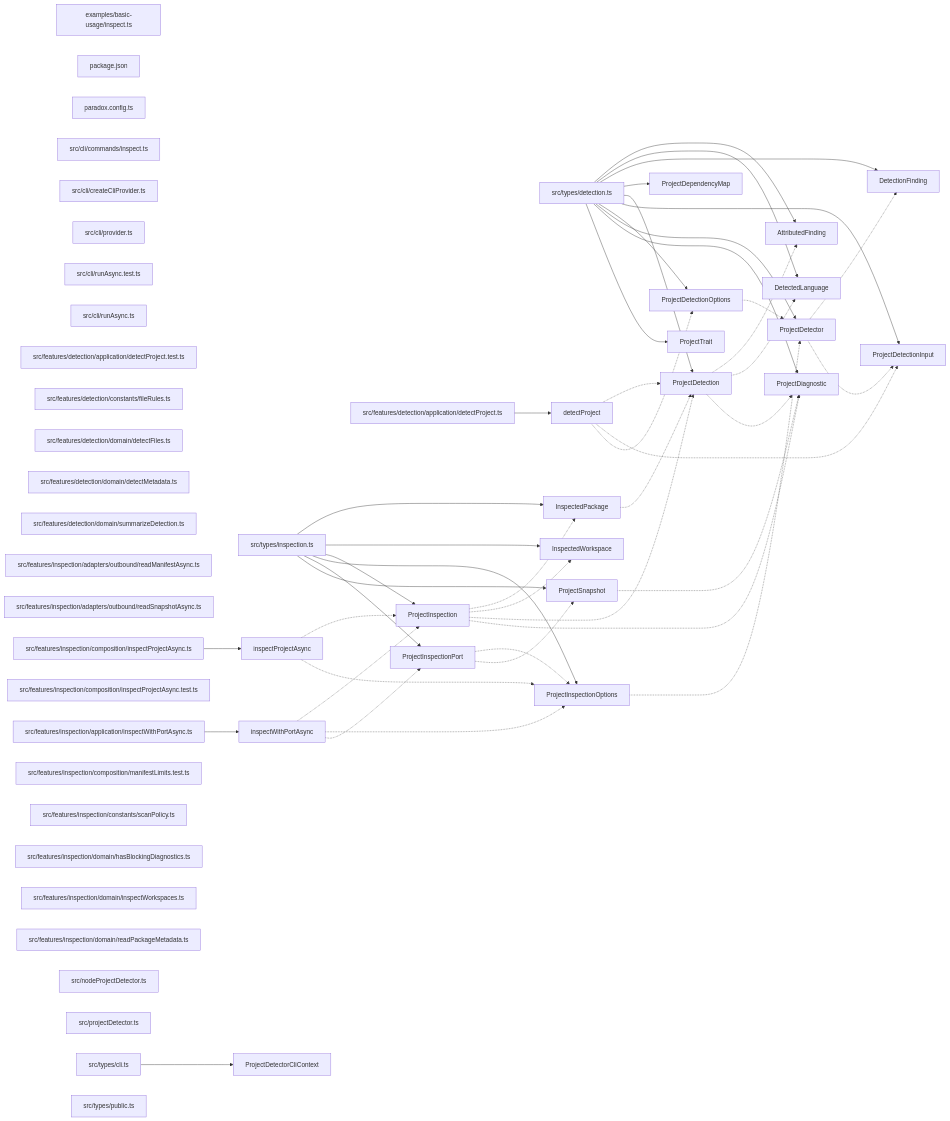
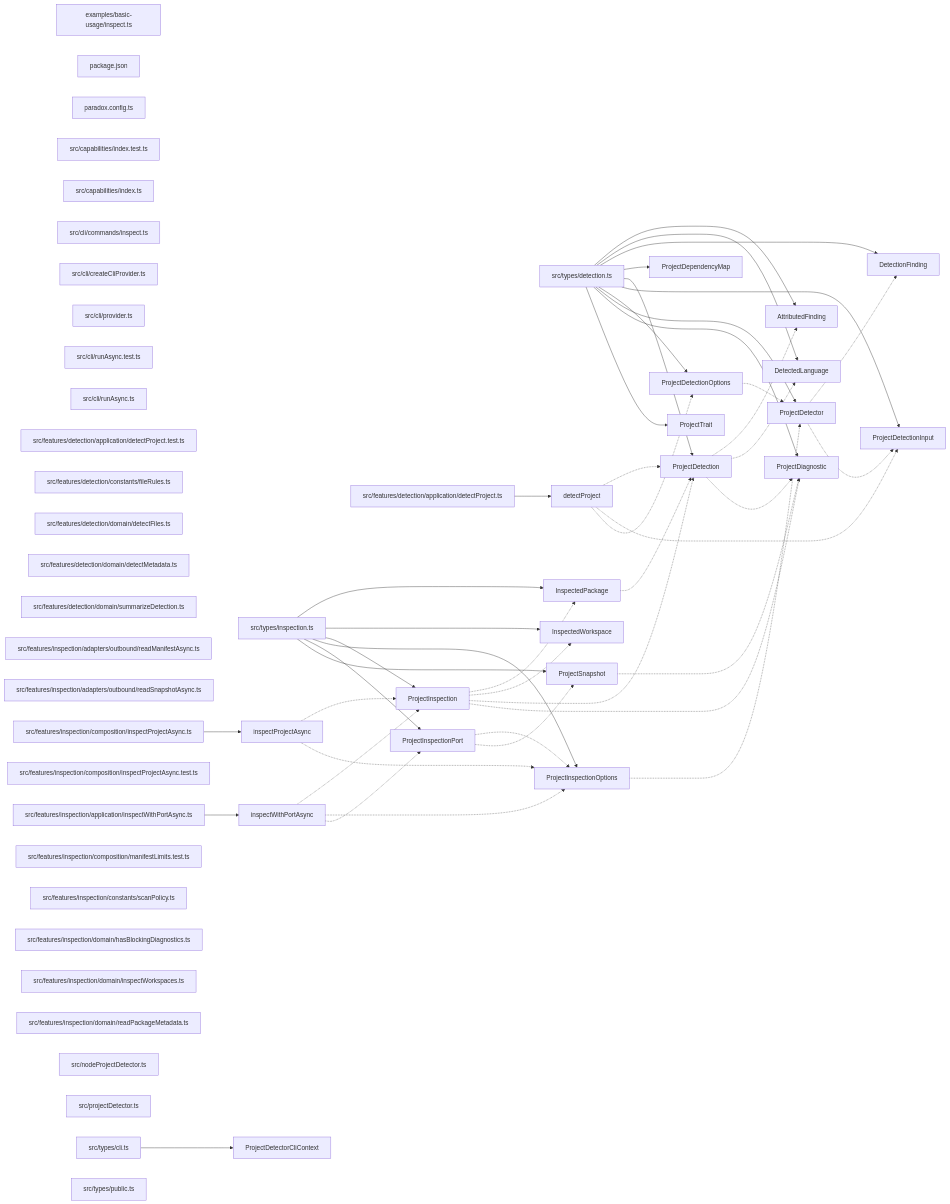
One commit to ankhorage/project-detector changed the diagram in paradox/diagrams/export-graph.mmd. Above: the diagram before and after it, drawn with Mermaid. The commit also changed 13 other files, not shown here.

```diff
--- a/paradox/diagrams/export-graph.mmd
+++ b/paradox/diagrams/export-graph.mmd
@@ -1,94 +1,96 @@
 graph LR
   module_examples_basic_usage_inspect_ts["examples/basic-usage/inspect.ts"]
   module_package_json["package.json"]
   module_paradox_config_ts["paradox.config.ts"]
+  module_src_capabilities_index_test_ts["src/capabilities/index.test.ts"]
+  module_src_capabilities_index_ts["src/capabilities/index.ts"]
   module_src_cli_commands_inspect_ts["src/cli/commands/inspect.ts"]
   module_src_cli_createCliProvider_ts["src/cli/createCliProvider.ts"]
   module_src_cli_provider_ts["src/cli/provider.ts"]
   module_src_cli_runAsync_test_ts["src/cli/runAsync.test.ts"]
   module_src_cli_runAsync_ts["src/cli/runAsync.ts"]
   module_src_features_detection_application_detectProject_test_ts["src/features/detection/application/detectProject.test.ts"]
   module_src_features_detection_application_detectProject_ts["src/features/detection/application/detectProject.ts"]
   module_src_features_detection_constants_fileRules_ts["src/features/detection/constants/fileRules.ts"]
   module_src_features_detection_domain_detectFiles_ts["src/features/detection/domain/detectFiles.ts"]
   module_src_features_detection_domain_detectMetadata_ts["src/features/detection/domain/detectMetadata.ts"]
   module_src_features_detection_domain_summarizeDetection_ts["src/features/detection/domain/summarizeDetection.ts"]
   module_src_features_inspection_adapters_outbound_readManifestAsync_ts["src/features/inspection/adapters/outbound/readManifestAsync.ts"]
   module_src_features_inspection_adapters_outbound_readSnapshotAsync_ts["src/features/inspection/adapters/outbound/readSnapshotAsync.ts"]
   module_src_features_inspection_application_inspectWithPortAsync_ts["src/features/inspection/application/inspectWithPortAsync.ts"]
   module_src_features_inspection_composition_inspectProjectAsync_test_ts["src/features/inspection/composition/inspectProjectAsync.test.ts"]
   module_src_features_inspection_composition_inspectProjectAsync_ts["src/features/inspection/composition/inspectProjectAsync.ts"]
   module_src_features_inspection_composition_manifestLimits_test_ts["src/features/inspection/composition/manifestLimits.test.ts"]
   module_src_features_inspection_constants_scanPolicy_ts["src/features/inspection/constants/scanPolicy.ts"]
   module_src_features_inspection_domain_hasBlockingDiagnostics_ts["src/features/inspection/domain/hasBlockingDiagnostics.ts"]
   module_src_features_inspection_domain_inspectWorkspaces_ts["src/features/inspection/domain/inspectWorkspaces.ts"]
   module_src_features_inspection_domain_readPackageMetadata_ts["src/features/inspection/domain/readPackageMetadata.ts"]
   module_src_nodeProjectDetector_ts["src/nodeProjectDetector.ts"]
   module_src_projectDetector_ts["src/projectDetector.ts"]
   module_src_types_cli_ts["src/types/cli.ts"]
   module_src_types_detection_ts["src/types/detection.ts"]
   module_src_types_inspection_ts["src/types/inspection.ts"]
   module_src_types_public_ts["src/types/public.ts"]
   export_AttributedFinding["AttributedFinding"]
   module_src_types_detection_ts --> export_AttributedFinding
   export_DetectedLanguage["DetectedLanguage"]
   module_src_types_detection_ts --> export_DetectedLanguage
   export_DetectionFinding["DetectionFinding"]
   module_src_types_detection_ts --> export_DetectionFinding
   export_detectProject["detectProject"]
   module_src_features_detection_application_detectProject_ts --> export_detectProject
   export_detectProject -.-> export_ProjectDetection
   export_detectProject -.-> export_ProjectDetectionInput
   export_detectProject -.-> export_ProjectDetectionOptions
   export_InspectedPackage["InspectedPackage"]
   module_src_types_inspection_ts --> export_InspectedPackage
   export_InspectedPackage -.-> export_ProjectDetection
   export_InspectedWorkspace["InspectedWorkspace"]
   module_src_types_inspection_ts --> export_InspectedWorkspace
   export_inspectProjectAsync["inspectProjectAsync"]
   module_src_features_inspection_composition_inspectProjectAsync_ts --> export_inspectProjectAsync
   export_inspectProjectAsync -.-> export_ProjectInspection
   export_inspectProjectAsync -.-> export_ProjectInspectionOptions
   export_inspectWithPortAsync["inspectWithPortAsync"]
   module_src_features_inspection_application_inspectWithPortAsync_ts --> export_inspectWithPortAsync
   export_inspectWithPortAsync -.-> export_ProjectInspection
   export_inspectWithPortAsync -.-> export_ProjectInspectionOptions
   export_inspectWithPortAsync -.-> export_ProjectInspectionPort
   export_ProjectDependencyMap["ProjectDependencyMap"]
   module_src_types_detection_ts --> export_ProjectDependencyMap
   export_ProjectDetection["ProjectDetection"]
   module_src_types_detection_ts --> export_ProjectDetection
   export_ProjectDetection -.-> export_AttributedFinding
   export_ProjectDetection -.-> export_DetectedLanguage
   export_ProjectDetection -.-> export_ProjectDiagnostic
   export_ProjectDetectionInput["ProjectDetectionInput"]
   module_src_types_detection_ts --> export_ProjectDetectionInput
   export_ProjectDetectionOptions["ProjectDetectionOptions"]
   module_src_types_detection_ts --> export_ProjectDetectionOptions
   export_ProjectDetectionOptions -.-> export_ProjectDetector
   export_ProjectDetector["ProjectDetector"]
   module_src_types_detection_ts --> export_ProjectDetector
   export_ProjectDetector -.-> export_DetectionFinding
   export_ProjectDetector -.-> export_ProjectDetectionInput
   export_ProjectDetectorCliContext["ProjectDetectorCliContext"]
   module_src_types_cli_ts --> export_ProjectDetectorCliContext
   export_ProjectDiagnostic["ProjectDiagnostic"]
   module_src_types_detection_ts --> export_ProjectDiagnostic
   export_ProjectInspection["ProjectInspection"]
   module_src_types_inspection_ts --> export_ProjectInspection
   export_ProjectInspection -.-> export_InspectedPackage
   export_ProjectInspection -.-> export_InspectedWorkspace
   export_ProjectInspection -.-> export_ProjectDetection
   export_ProjectInspection -.-> export_ProjectDiagnostic
   export_ProjectInspectionOptions["ProjectInspectionOptions"]
   module_src_types_inspection_ts --> export_ProjectInspectionOptions
   export_ProjectInspectionOptions -.-> export_ProjectDetector
   export_ProjectInspectionPort["ProjectInspectionPort"]
   module_src_types_inspection_ts --> export_ProjectInspectionPort
   export_ProjectInspectionPort -.-> export_ProjectInspectionOptions
   export_ProjectInspectionPort -.-> export_ProjectSnapshot
   export_ProjectSnapshot["ProjectSnapshot"]
   module_src_types_inspection_ts --> export_ProjectSnapshot
   export_ProjectSnapshot -.-> export_ProjectDiagnostic
   export_ProjectTrait["ProjectTrait"]
   module_src_types_detection_ts --> export_ProjectTrait
```
